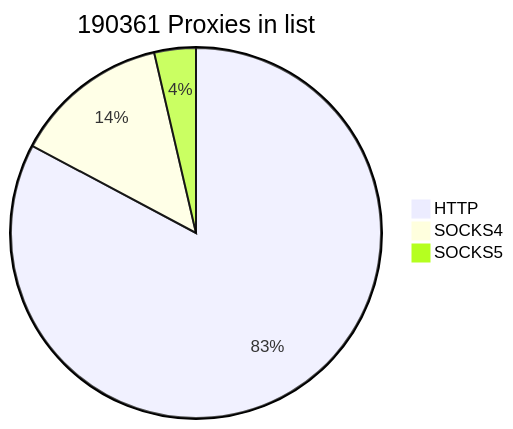
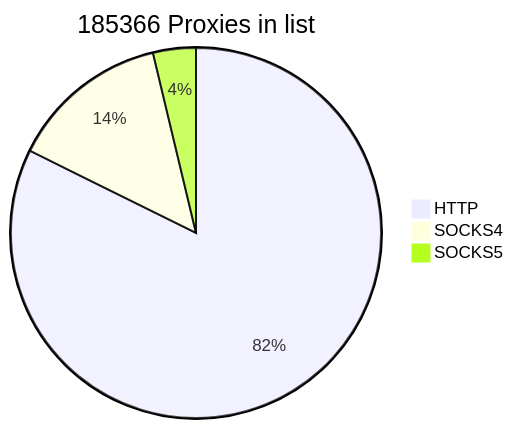
Before and after one commit to cutipu/proxylist: the first of 2 diagrams in README.md, drawn with Mermaid. The commit also changed other lines of this file, not shown here.

````diff
--- a/README.md
+++ b/README.md
@@ -2,7 +2,7 @@
 ```mermaid
-pie title 190361 Proxies in list
-    "HTTP" : 157589
-    "SOCKS4" : 25863
-    "SOCKS5" : 6909
+pie title 185366 Proxies in list
+    "HTTP" : 152588
+    "SOCKS4" : 25849
+    "SOCKS5" : 6929
             
 ```
````
